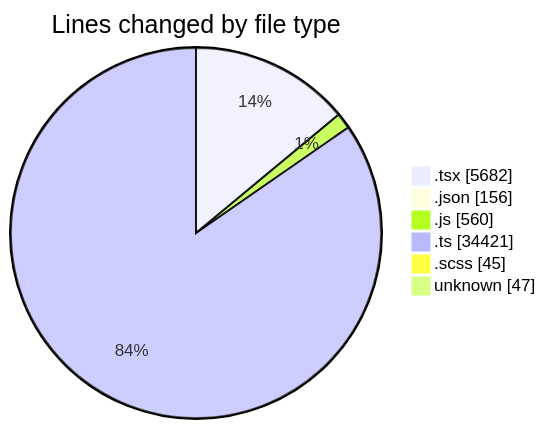
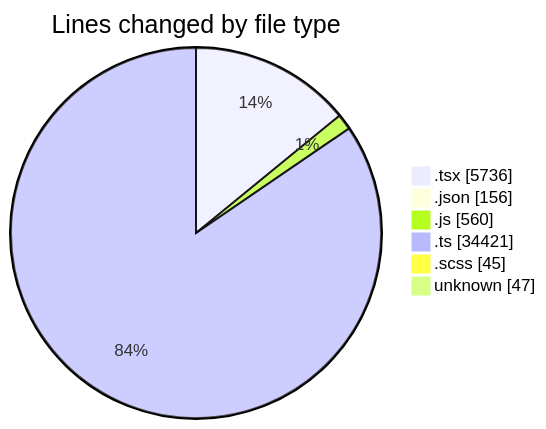
Before and after one commit to momahboobian/code-tracking: the first of 2 diagrams in 2025-11-10/cda/README.md, drawn with Mermaid. The commit also changed other lines of this file and 1 other file, not shown here.

````diff
--- a/2025-11-10/cda/README.md
+++ b/2025-11-10/cda/README.md
@@ -47,10 +47,10 @@
 ```mermaid
 pie showData
 title Lines changed by file type
-".tsx" : 5682
+".tsx" : 5736
 ".json" : 156
 ".js" : 560
 ".ts" : 34421
 ".scss" : 45
 "unknown" : 47
 ```
````
